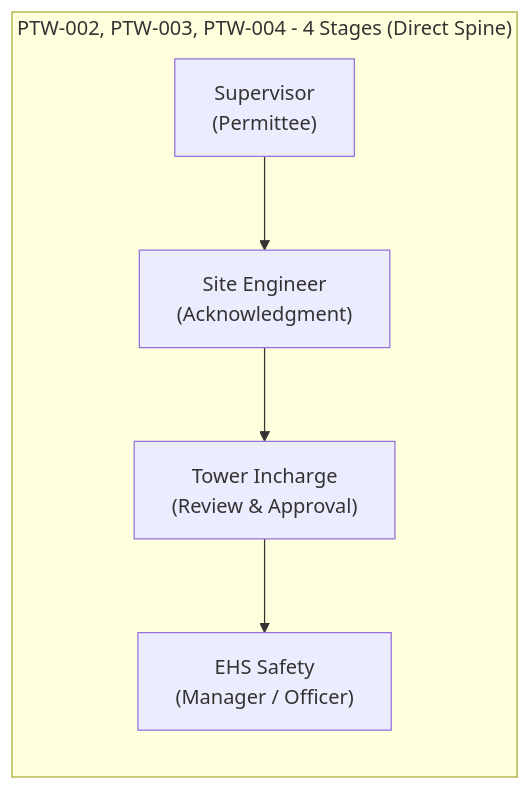
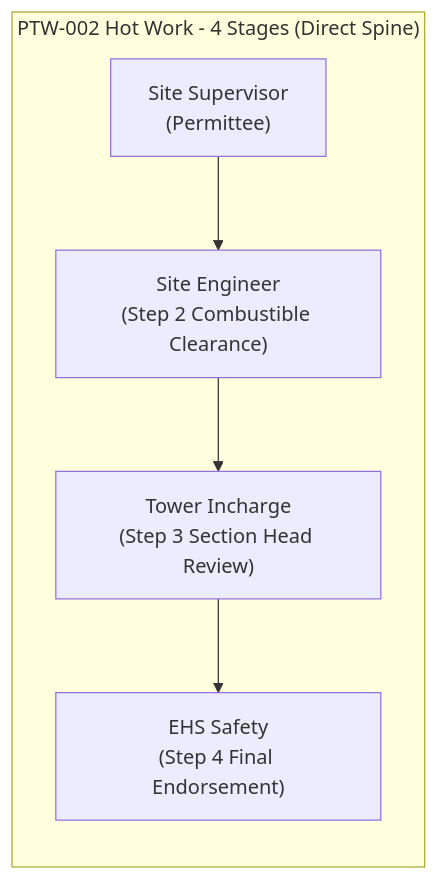
Before and after one commit to AuroGroupAutomationBot/ARPL-EHS-Demo: the fifth of 34 diagrams in README.md, drawn with Mermaid. The commit also changed other lines of this file and 2 other files, not shown here.

````diff
--- a/README.md
+++ b/README.md
@@ -432,8 +441,8 @@
 ```mermaid
 graph LR
-    subgraph "PTW-002, PTW-003, PTW-004 - 4 Stages (Direct Spine)"
-        H1["Supervisor<br/>(Permittee)"] --> H2["Site Engineer<br/>(Acknowledgment)"]
-        H2 --> H3["Tower Incharge<br/>(Review & Approval)"]
-        H3 --> H4["EHS Safety<br/>(Manager / Officer)"]
+    subgraph "PTW-002 Hot Work - 4 Stages (Direct Spine)"
+        HW1["Site Supervisor<br/>(Permittee)"] --> HW2["Site Engineer<br/>(Step 2 Combustible Clearance)"]
+        HW2 --> HW3["Tower Incharge<br/>(Step 3 Section Head Review)"]
+        HW3 --> HW4["EHS Safety<br/>(Step 4 Final Endorsement)"]
     end
 ```
````
